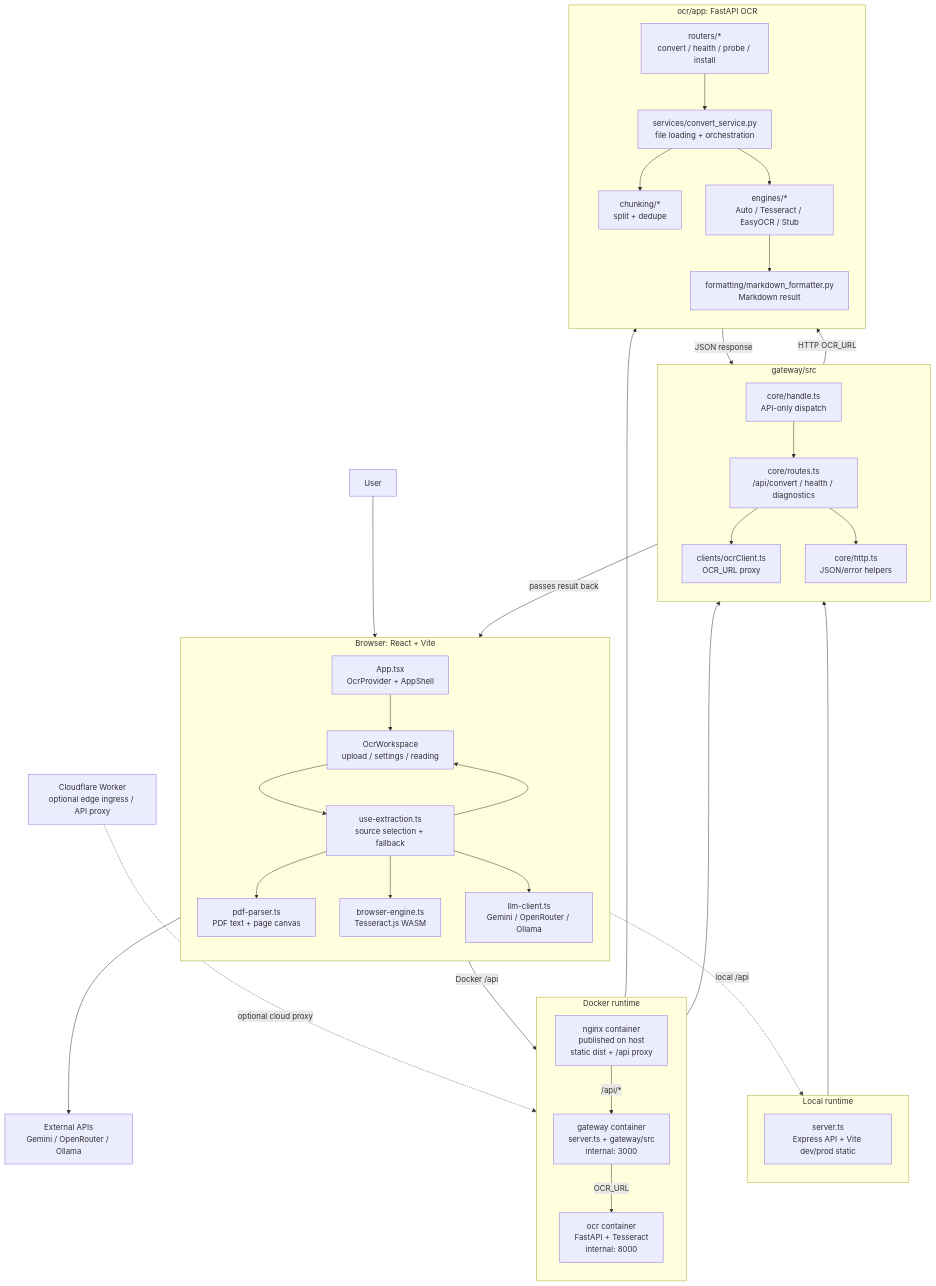
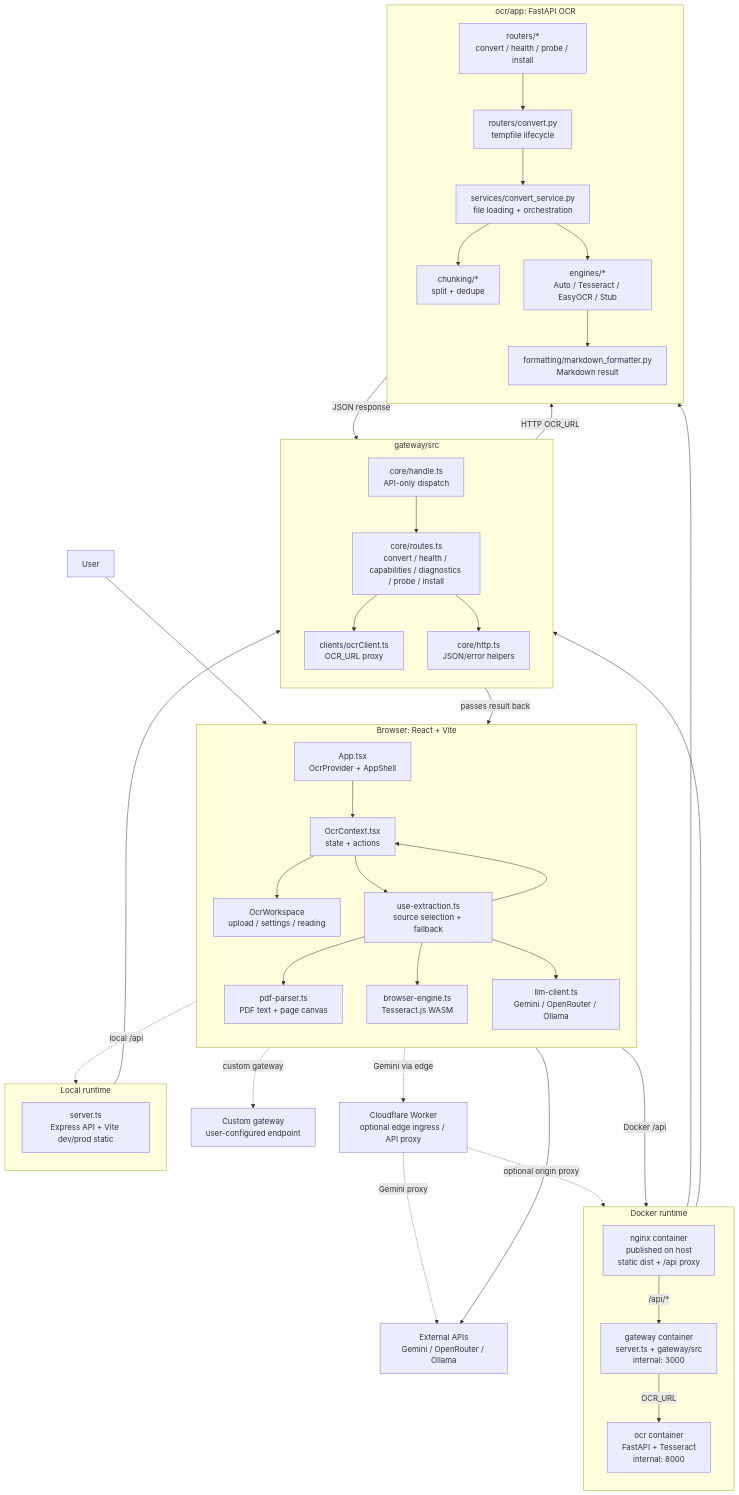
One commit to AI-paca/IttM changed the diagram in docs/architecture.md. Above: the diagram before and after it, drawn with Mermaid. The commit also changed other lines of this file and 13 other files, not shown here.

````diff
--- a/docs/architecture.md
+++ b/docs/architecture.md
@@ -9,14 +9,16 @@
     subgraph Browser["Browser: React + Vite"]
         direction TB
         App["App.tsx<br/>OcrProvider + AppShell"]
+        State["OcrContext.tsx<br/>state + actions"]
         Workspace["OcrWorkspace<br/>upload / settings / reading"]
         Strategy["use-extraction.ts<br/>source selection + fallback"]
         Pdf["pdf-parser.ts<br/>PDF text + page canvas"]
         BrowserOcr["browser-engine.ts<br/>Tesseract.js WASM"]
         Llm["llm-client.ts<br/>Gemini / OpenRouter / Ollama"]
 
-        App --> Workspace
-        Workspace --> Strategy
+        App --> State
+        State --> Workspace
+        State --> Strategy
         Strategy --> Pdf
         Strategy --> BrowserOcr
         Strategy --> Llm
@@ -40,7 +42,7 @@
     subgraph Gateway["gateway/src"]
         direction TB
         Handle["core/handle.ts<br/>API-only dispatch"]
-        Routes["core/routes.ts<br/>/api/convert / health / diagnostics"]
+        Routes["core/routes.ts<br/>convert / health / capabilities / diagnostics / probe / install"]
         Client["clients/ocrClient.ts<br/>OCR_URL proxy"]
         Http["core/http.ts<br/>JSON/error helpers"]
 
@@ -52,24 +54,30 @@
     subgraph Python["ocr/app: FastAPI OCR"]
         direction TB
         Api["routers/*<br/>convert / health / probe / install"]
+        Temp["routers/convert.py<br/>tempfile lifecycle"]
         Convert["services/convert_service.py<br/>file loading + orchestration"]
         Chunking["chunking/*<br/>split + dedupe"]
         Engines["engines/*<br/>Auto / Tesseract / EasyOCR / Stub"]
         Markdown["formatting/markdown_formatter.py<br/>Markdown result"]
 
-        Api --> Convert
+        Api --> Temp
+        Temp --> Convert
         Convert --> Chunking
         Convert --> Engines
         Engines --> Markdown
     end
 
     External["External APIs<br/>Gemini / OpenRouter / Ollama"]
+    CustomGateway["Custom gateway<br/>user-configured endpoint"]
     Edge["Cloudflare Worker<br/>optional edge ingress / API proxy"]
 
     User --> App
     Strategy -->|Docker /api| Nginx
     Strategy -. local /api .-> LocalServer
-    Edge -. optional cloud proxy .-> GatewayContainer
+    Strategy -. custom gateway .-> CustomGateway
+    Llm -. Gemini via edge .-> Edge
+    Edge -. optional origin proxy .-> Nginx
+    Edge -. Gemini proxy .-> External
     LocalServer --> Handle
     GatewayContainer --> Handle
     OcrContainer --> Api
@@ -78,5 +86,5 @@
 
     Markdown -->|JSON response| Client
     Client -->|passes result back| Strategy
-    Strategy --> Workspace
+    Strategy --> State
 ```
````
